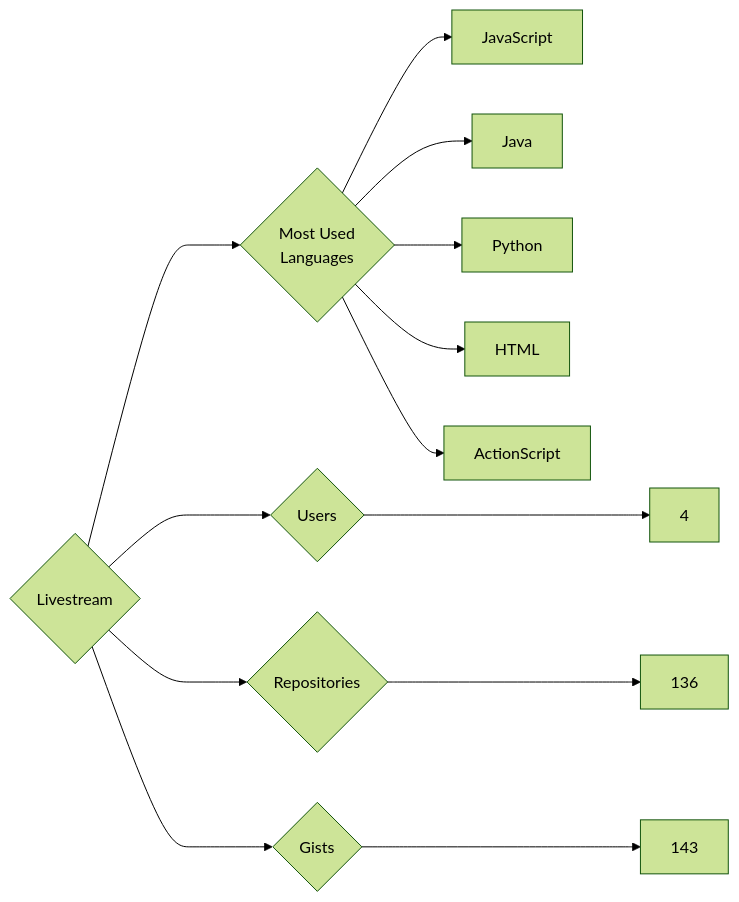
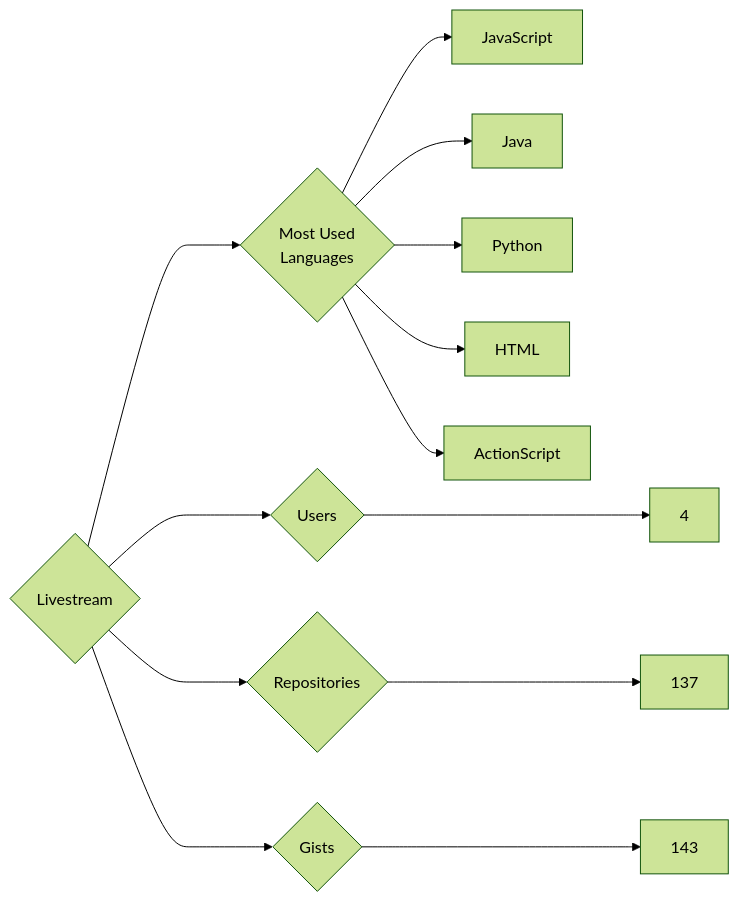
One commit to trickest/insiders changed the diagram in targets/Livestream/README.md. Above: the diagram before and after it, drawn with Mermaid (forest theme). The commit also changed 797 other files, not shown here.

````diff
--- a/targets/Livestream/README.md
+++ b/targets/Livestream/README.md
@@ -3,13 +3,13 @@
 ```mermaid
 graph LR
 COMPANY_NAME{Livestream}
 COMPANY_NAME ---> U{Users} ---> UN[4]
-COMPANY_NAME ---> R{Repositories} ---> RN[136]
+COMPANY_NAME ---> R{Repositories} ---> RN[137]
 COMPANY_NAME ---> G{Gists} ---> GN[143]
 COMPANY_NAME ---> ML{Most Used<br>Languages}
 ML --> JavaScript[JavaScript]
 ML --> Java[Java]
 ML --> Python[Python]
 ML --> HTML[HTML]
 ML --> ActionScript[ActionScript]
 ```
````
